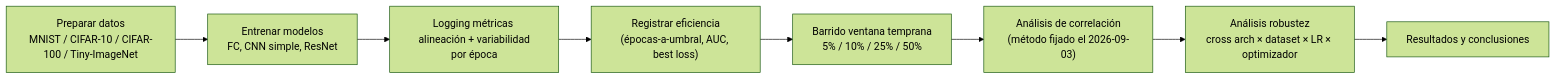
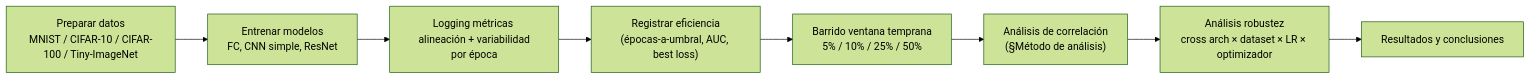
The diagram in docs/research/1 - Diseño.md (LaiqianDS/gradient-alignment), drawn with Mermaid (forest theme) before and after one commit. The commit also changed other lines of this file and 14 other files, not shown here.

````diff
--- a/docs/research/1 - Diseño.md
+++ b/docs/research/1 - Diseño.md
@@ -104,10 +106,10 @@
 ```mermaid
 flowchart LR
     A["Preparar datos\nMNIST / CIFAR-10 / CIFAR-100 / Tiny-ImageNet"] --> B["Entrenar modelos\nFC, CNN simple, ResNet"]
     B --> C["Logging métricas alineación + variabilidad\npor época"]
     C --> D["Registrar eficiencia\n(épocas-a-umbral, AUC, best loss)"]
     D --> E["Barrido ventana temprana\n5% / 10% / 25% / 50%"]
-    E --> F["Análisis de correlación\n(método fijado el 2026-09-03)"]
+    E --> F["Análisis de correlación\n(§Método de análisis)"]
     F --> G["Análisis robustez\ncross arch × dataset × LR × optimizador"]
     G --> H["Resultados y conclusiones"]
 ```
````
